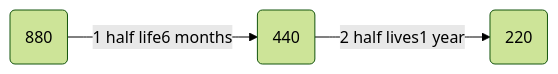
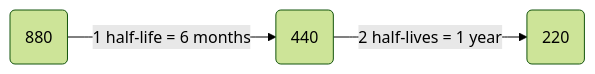
Before and after one commit to devautour/igcse-physics: the diagram in docs/Unit 7/7_2_radioactivity-and-half-life.md, drawn with Mermaid (forest theme). The commit also changed other lines of this file and 38 other files, not shown here.

````diff
--- a/docs/Unit 7/7_2_radioactivity-and-half-life.md
+++ b/docs/Unit 7/7_2_radioactivity-and-half-life.md
@@ -591,5 +376,5 @@
         ```mermaid
         graph LR
-            A(880) -- "1 half life6 months" --> B(440)
-            B -- "2 half lives1 year" --> C(220)
+            A(880) -- "1 half-life = 6 months" --> B(440)
+            B -- "2 half-lives = 1 year" --> C(220)
         ```
````
